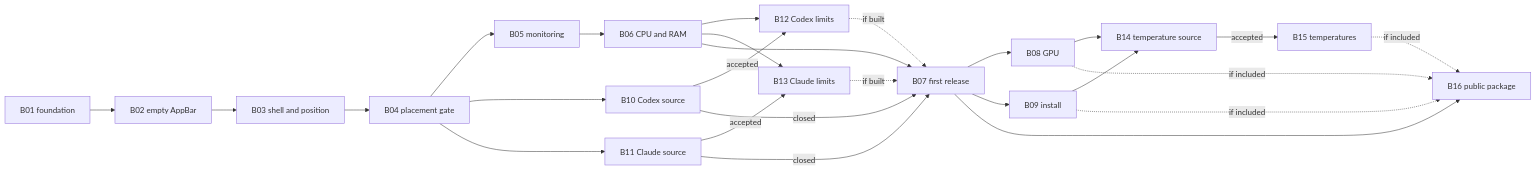
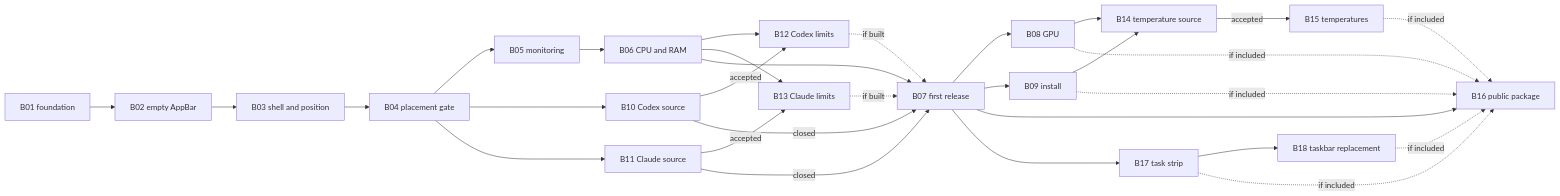
One commit to maxViolet/System-Resource-Monitor changed the diagram in docs/bricks/README.md. Above: the diagram before and after it, drawn with Mermaid. The commit also changed other lines of this file and 10 other files, not shown here.

First line of the commit message:
docs: plan the task strip and phased Windows taskbar replacement

````diff
--- a/docs/bricks/README.md
+++ b/docs/bricks/README.md
@@ -65,30 +71,35 @@
 ```mermaid
 graph LR
   B01[B01 foundation] --> B02[B02 empty AppBar]
   B02 --> B03[B03 shell and position]
   B03 --> B04[B04 placement gate]
   B04 --> B05[B05 monitoring]
   B05 --> B06[B06 CPU and RAM]
   B04 --> B10[B10 Codex source]
   B04 --> B11[B11 Claude source]
   B10 -->|accepted| B12[B12 Codex limits]
   B11 -->|accepted| B13[B13 Claude limits]
   B06 --> B12
   B06 --> B13
   B06 --> B07[B07 first release]
   B10 -->|closed| B07
   B11 -->|closed| B07
   B12 -. if built .-> B07
   B13 -. if built .-> B07
 
   B07 --> B08[B08 GPU]
   B07 --> B09[B09 install]
   B08 --> B14[B14 temperature source]
   B09 --> B14
   B14 -->|accepted| B15[B15 temperatures]
 
   B07 --> B16[B16 public package]
   B08 -. if included .-> B16
   B09 -. if included .-> B16
   B15 -. if included .-> B16
+
+  B07 --> B17[B17 task strip]
+  B17 --> B18[B18 taskbar replacement]
+  B17 -. if included .-> B16
+  B18 -. if included .-> B16
 ```
````
